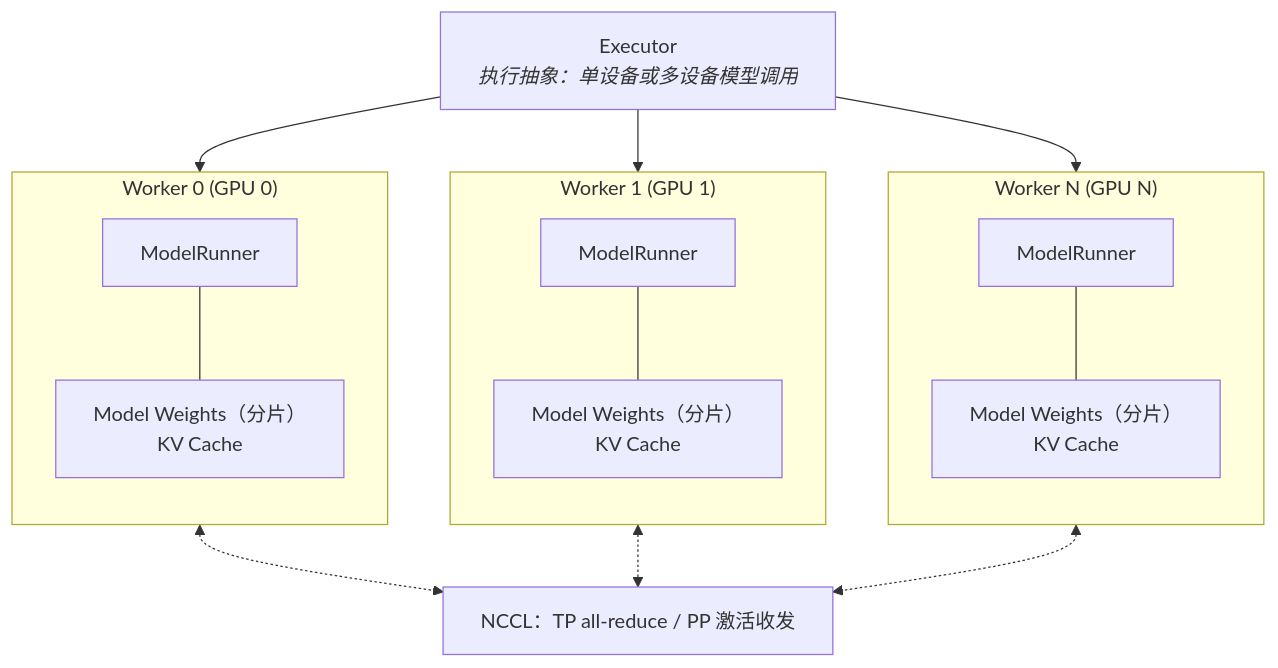
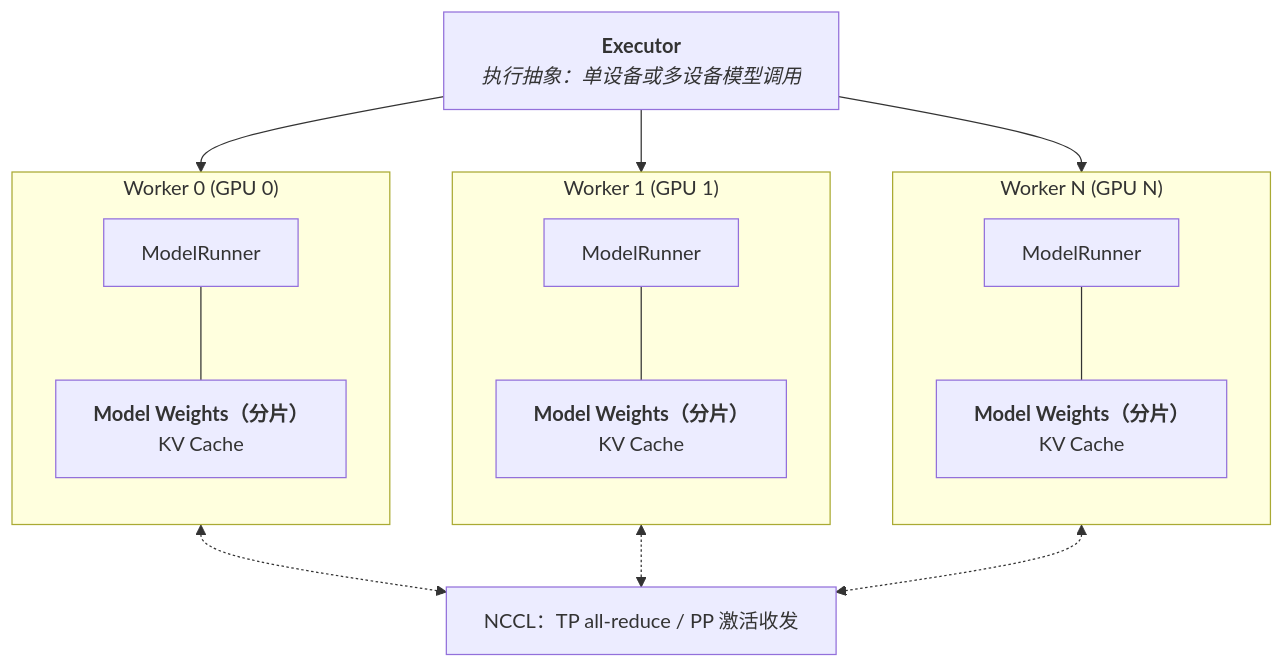
One commit to arganzheng/arganzheng.github.com changed the third of 3 diagrams in slides/2026-08-25-deep-dive-into-vllm.md. Above: the diagram before and after it, drawn with Mermaid. The commit also changed other lines of this file, not shown here.

First line of the commit message:
大模型推理系统揭秘幻灯片：Mermaid 多行方框首行标为标题，与文章同步

````diff
--- a/slides/2026-08-25-deep-dive-into-vllm.md
+++ b/slides/2026-08-25-deep-dive-into-vllm.md
@@ -197,20 +197,20 @@
 ```mermaid
 %%{init: {"flowchart": {"wrappingWidth": 260}}}%%
 graph TB
-    EX["Executor<br/><i>执行抽象：单设备或多设备模型调用</i>"]
+    EX["<b>Executor</b><br/><i>执行抽象：单设备或多设备模型调用</i>"]
     EX --> W0 & W1 & WN
     subgraph W0["Worker 0 (GPU 0)"]
         direction TB
-        M0["ModelRunner"] --- S0["Model Weights（分片）<br/>KV Cache"]
+        M0["ModelRunner"] --- S0["<b>Model Weights（分片）</b><br/>KV Cache"]
     end
     subgraph W1["Worker 1 (GPU 1)"]
         direction TB
-        M1["ModelRunner"] --- S1["Model Weights（分片）<br/>KV Cache"]
+        M1["ModelRunner"] --- S1["<b>Model Weights（分片）</b><br/>KV Cache"]
     end
     subgraph WN["Worker N (GPU N)"]
         direction TB
-        MN["ModelRunner"] --- SN["Model Weights（分片）<br/>KV Cache"]
+        MN["ModelRunner"] --- SN["<b>Model Weights（分片）</b><br/>KV Cache"]
     end
     NC["NCCL：TP all-reduce / PP 激活收发"]
     W0 & W1 & WN <-.-> NC
 ```
````
